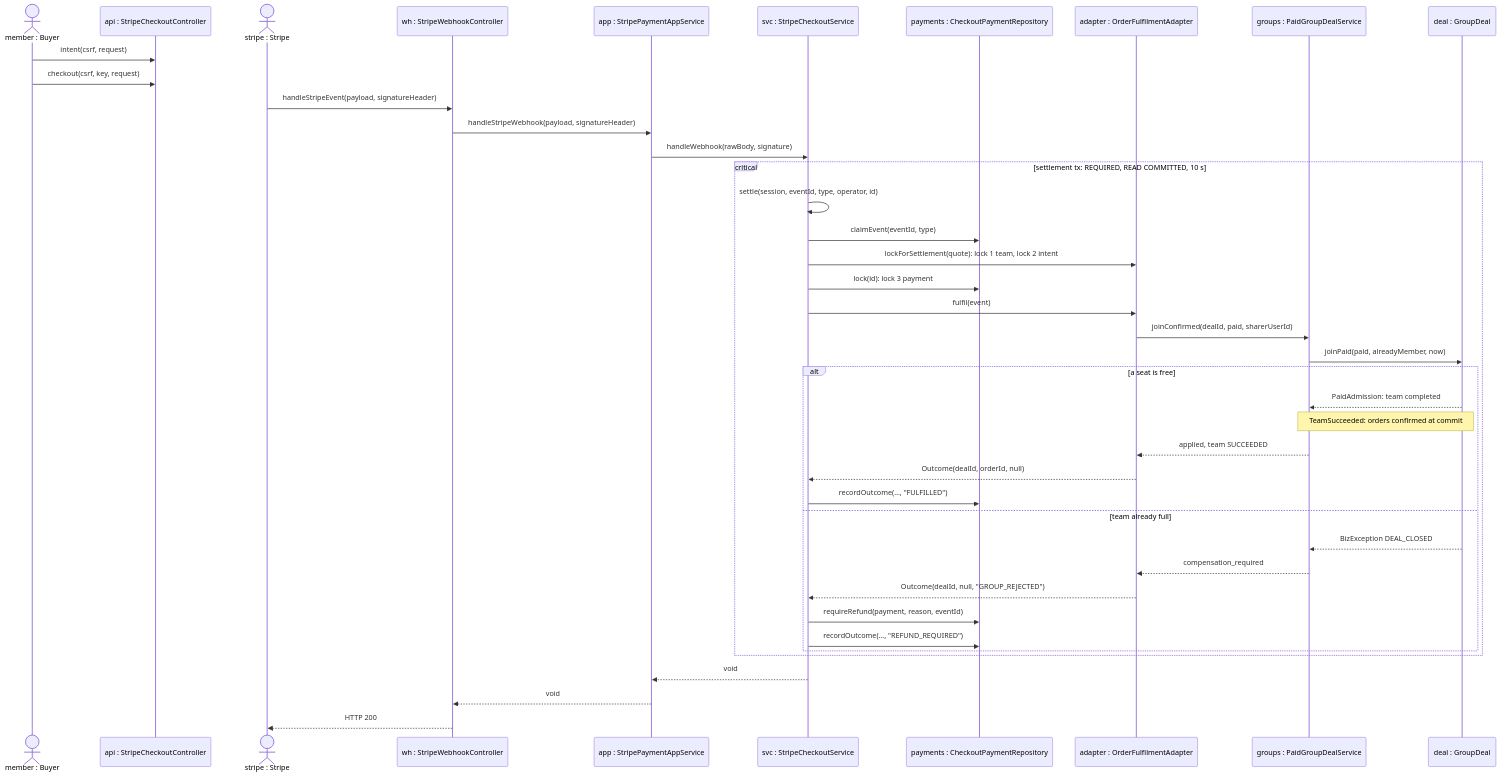
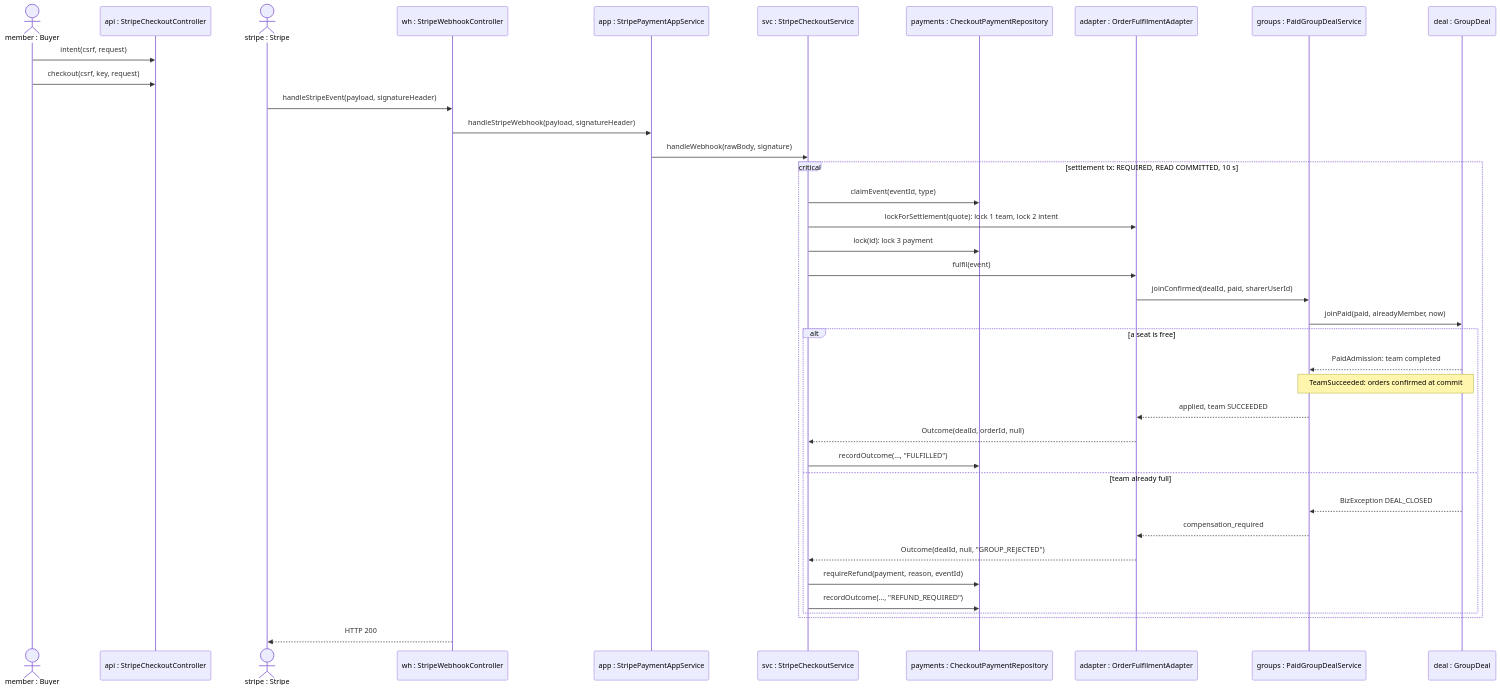
Before and after one commit to PPsyrius/iss-groupbuy-team8: the diagram in docs/swe5001/report/diagrams/uml/src/d12b-two-buyers-join.mmd, drawn with Mermaid. The commit also changed 14 other files, not shown here.

```diff
--- a/docs/swe5001/report/diagrams/uml/src/d12b-two-buyers-join.mmd
+++ b/docs/swe5001/report/diagrams/uml/src/d12b-two-buyers-join.mmd
@@ -1,43 +1,40 @@
-%% frame: Two buyers, part 2: the member joins by paying and the team succeeds (design, commerce-svc)
+%% frame: Two buyers, part 2: the member joins by paying and the team succeeds
 sequenceDiagram
     actor Member as member : Buyer
     participant Api as api : StripeCheckoutController
     actor Stripe as stripe : Stripe
     participant Wh as wh : StripeWebhookController
     participant App as app : StripePaymentAppService
     participant Svc as svc : StripeCheckoutService
     participant Pay as payments : CheckoutPaymentRepository
     participant Ofa as adapter : OrderFulfilmentAdapter
     participant Grp as groups : PaidGroupDealService
     participant Deal as deal : GroupDeal
 
     Member->>Api: intent(csrf, request)
     Member->>Api: checkout(csrf, key, request)
     Stripe->>Wh: handleStripeEvent(payload, signatureHeader)
     Wh->>App: handleStripeWebhook(payload, signatureHeader)
     App->>Svc: handleWebhook(rawBody, signature)
     critical settlement tx: REQUIRED, READ COMMITTED, 10 s
-        Svc->>Svc: settle(session, eventId, type, operator, id)
         Svc->>Pay: claimEvent(eventId, type)
         Svc->>Ofa: lockForSettlement(quote): lock 1 team, lock 2 intent
         Svc->>Pay: lock(id): lock 3 payment
         Svc->>Ofa: fulfil(event)
         Ofa->>Grp: joinConfirmed(dealId, paid, sharerUserId)
         Grp->>Deal: joinPaid(paid, alreadyMember, now)
         alt a seat is free
             Deal-->>Grp: PaidAdmission: team completed
             Note over Grp,Deal: TeamSucceeded: orders confirmed at commit
             Grp-->>Ofa: applied, team SUCCEEDED
             Ofa-->>Svc: Outcome(dealId, orderId, null)
             Svc->>Pay: recordOutcome(…, "FULFILLED")
         else team already full
             Deal-->>Grp: BizException DEAL_CLOSED
             Grp-->>Ofa: compensation_required
             Ofa-->>Svc: Outcome(dealId, null, "GROUP_REJECTED")
             Svc->>Pay: requireRefund(payment, reason, eventId)
             Svc->>Pay: recordOutcome(…, "REFUND_REQUIRED")
         end
     end
-    Svc-->>App: void
-    App-->>Wh: void
     Wh-->>Stripe: HTTP 200
```
